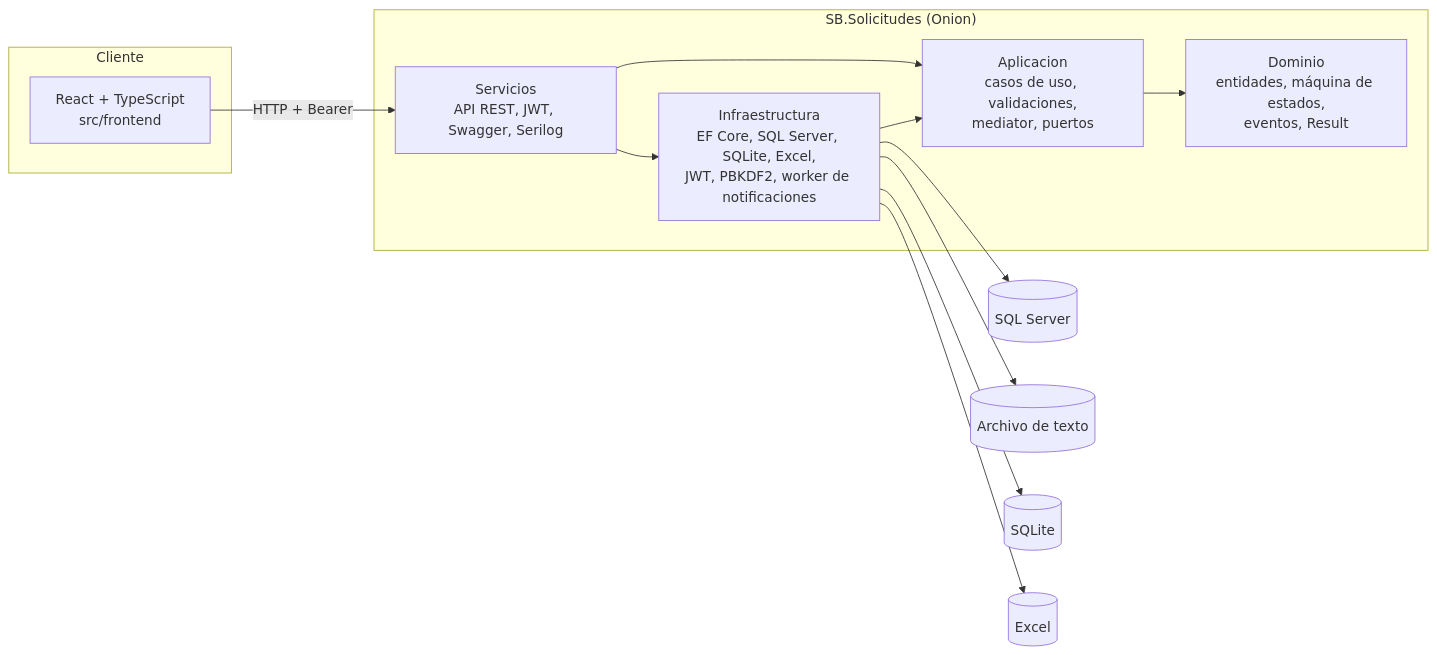
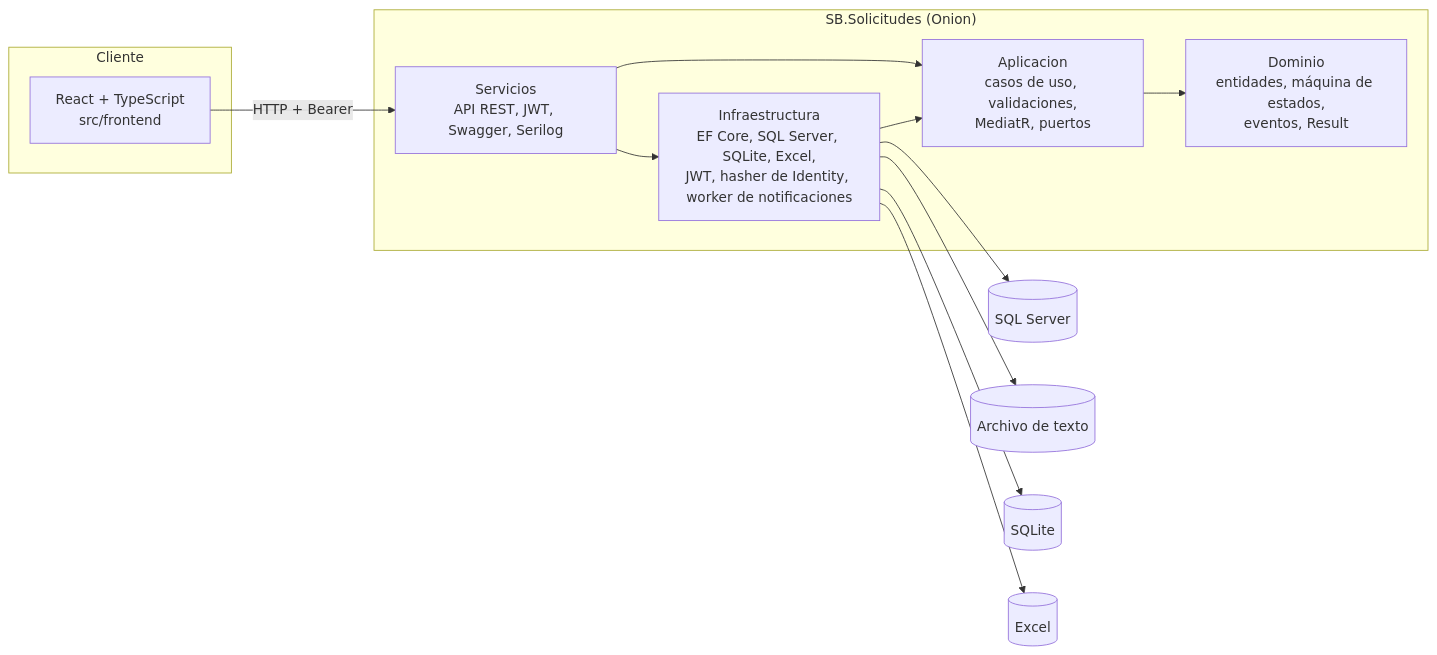
One commit to ocb-dev-04/test-sidb changed the first of 2 diagrams in docs/arquitectura.md. Above: the diagram before and after it, drawn with Mermaid. The commit also changed other lines of this file and 3 other files, not shown here.

````diff
--- a/docs/arquitectura.md
+++ b/docs/arquitectura.md
@@ -9,26 +9,26 @@
 ```mermaid
 flowchart LR
     subgraph Cliente
         FE[React + TypeScript<br/>src/frontend]
     end
     subgraph "SB.Solicitudes (Onion)"
         S[Servicios<br/>API REST, JWT, Swagger, Serilog]
-        I[Infraestructura<br/>EF Core, SQL Server, SQLite, Excel,<br/>JWT, PBKDF2, worker de notificaciones]
-        A[Aplicacion<br/>casos de uso, validaciones,<br/>mediator, puertos]
+        I[Infraestructura<br/>EF Core, SQL Server, SQLite, Excel,<br/>JWT, hasher de Identity, worker de notificaciones]
+        A[Aplicacion<br/>casos de uso, validaciones,<br/>MediatR, puertos]
         D[Dominio<br/>entidades, máquina de estados,<br/>eventos, Result]
     end
     DB[(SQL Server)]
     TXT[(Archivo de texto)]
     SQLITE[(SQLite)]
     XLSX[(Excel)]
 
     FE -- HTTP + Bearer --> S
     S --> A
     S --> I
     I --> A
     A --> D
     I --> DB
     I --> TXT
     I --> SQLITE
     I --> XLSX
 ```
````
